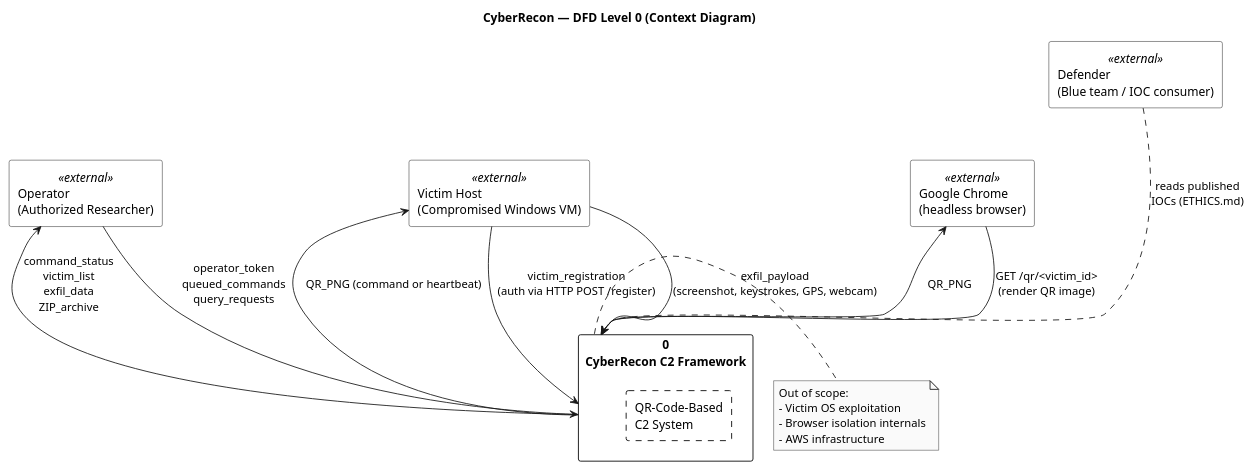
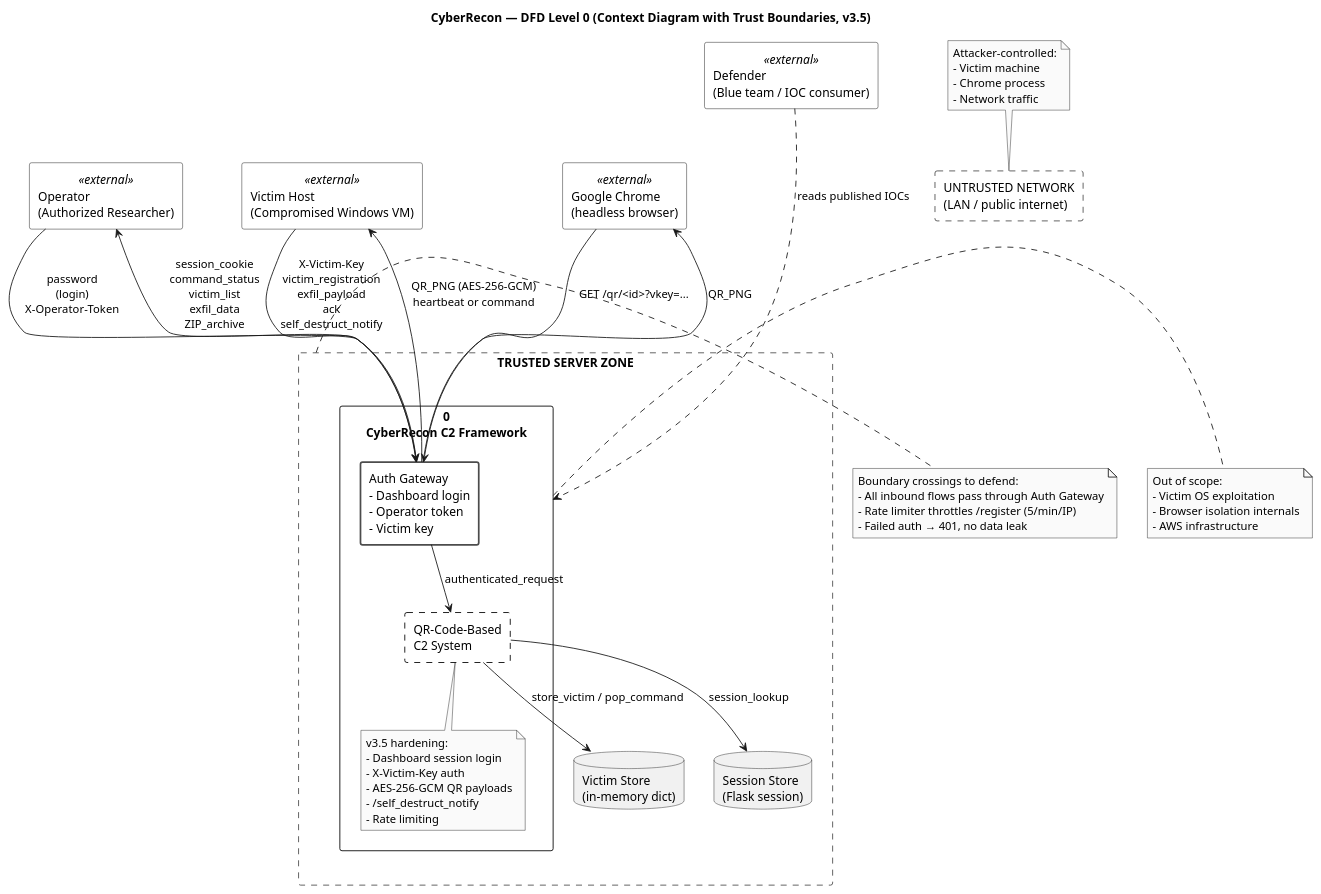
One commit to Jeevan1725/cyberrecon changed the diagram in docs/diagrams/dfd-level-0.puml. Above: the diagram before and after it, drawn with PlantUML. The commit also changed 20 other files, not shown here.

First line of the commit message:
docs(diagrams): sync PlantUML sources with v3.5 rendered PNGs

```diff
--- a/docs/diagrams/dfd-level-0.puml
+++ b/docs/diagrams/dfd-level-0.puml
@@ -1,43 +1,96 @@
 @startuml
 skinparam monochrome true
 skinparam shadowing false
 skinparam rectangle {
   BackgroundColor White
   BorderColor Black
 }
 skinparam componentStyle rectangle
 
-title CyberRecon — DFD Level 0 (Context Diagram)
+title CyberRecon — DFD Level 0 (Context Diagram with Trust Boundaries, v3.5)
 
+' =====================
 ' External entities
+' =====================
 rectangle "Operator\n(Authorized Researcher)" as OP <<external>>
 rectangle "Victim Host\n(Compromised Windows VM)" as VH <<external>>
 rectangle "Google Chrome\n(headless browser)" as CH <<external>>
 rectangle "Defender\n(Blue team / IOC consumer)" as DF <<external>>
 
-' Single system process
-rectangle "0\nCyberRecon C2 Framework" as SYSTEM {
-  rectangle "QR-Code-Based\nC2 System" as CORE #line:black;line.dashed
+' =====================
+' Trust Boundary 1: Untrusted Network
+' =====================
+rectangle "UNTRUSTED NETWORK\n(LAN / public internet)" as NET #line:red;line.dashed {
 }
 
-' Data flows
-OP --> SYSTEM : operator_token\nqueued_commands\nquery_requests
-SYSTEM --> OP : command_status\nvictim_list\nexfil_data\nZIP_archive
+' =====================
+' Trust Boundary 2: Server Zone
+' =====================
+rectangle "TRUSTED SERVER ZONE" as SERVERZONE #line:red;line.dashed {
 
-VH --> SYSTEM : victim_registration\n(auth via HTTP POST /register)
-SYSTEM --> VH : QR_PNG (command or heartbeat)
-VH --> SYSTEM : exfil_payload\n(screenshot, keystrokes, GPS, webcam)
+  rectangle "0\nCyberRecon C2 Framework" as SYSTEM {
+    rectangle "QR-Code-Based\nC2 System" as CORE #line:black;line.dashed
 
-CH --> SYSTEM : GET /qr/<victim_id>\n(render QR image)
-SYSTEM --> CH : QR_PNG
+    ' Auth gateways sit ON the boundary
+    rectangle "Auth Gateway\n- Dashboard login\n- Operator token\n- Victim key" as AUTH #line:red;line.bold
 
-DF -.-> SYSTEM : reads published\nIOCs (ETHICS.md)
+    note bottom of CORE
+      v3.5 hardening:
+      - Dashboard session login
+      - X-Victim-Key auth
+      - AES-256-GCM QR payloads
+      - /self_destruct_notify
+      - Rate limiting
+    end note
+  }
+
+  database "Victim Store\n(in-memory dict)" as DS1
+  database "Session Store\n(Flask session)" as DS2
+}
+
+' =====================
+' Data flows — crossing trust boundaries
+' =====================
+
+' Operator → Authenticated (crosses boundary via login+token)
+OP --> AUTH : password\n(login)\nX-Operator-Token
+AUTH --> OP : session_cookie\ncommand_status\nvictim_list\nexfil_data\nZIP_archive
+
+' Victim → Authenticated (crosses boundary via X-Victim-Key)
+VH --> AUTH : X-Victim-Key\nvictim_registration\nexfil_payload\nack\nself_destruct_notify
+AUTH --> VH : QR_PNG (AES-256-GCM)\nheartbeat or command
+
+' Chrome renders QR (still untrusted)
+CH --> AUTH : GET /qr/<id>?vkey=...
+AUTH --> CH : QR_PNG
+
+' Defender reads IOCs (no crossing)
+DF -.-> SYSTEM : reads published IOCs
+
+' Internal flows (do NOT cross boundary)
+AUTH --> CORE : authenticated_request
+CORE --> DS1 : store_victim / pop_command
+CORE --> DS2 : session_lookup
+
+note right of SERVERZONE
+  Boundary crossings to defend:
+  - All inbound flows pass through Auth Gateway
+  - Rate limiter throttles /register (5/min/IP)
+  - Failed auth → 401, no data leak
+end note
+
+note top of NET
+  Attacker-controlled:
+  - Victim machine
+  - Chrome process
+  - Network traffic
+end note
 
 note right of SYSTEM
   Out of scope:
   - Victim OS exploitation
   - Browser isolation internals
   - AWS infrastructure
 end note
 
 @enduml
```
